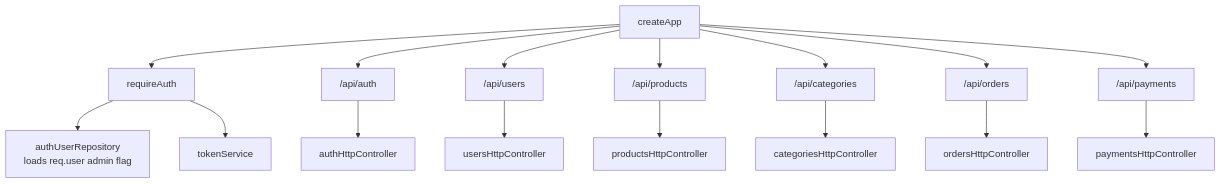
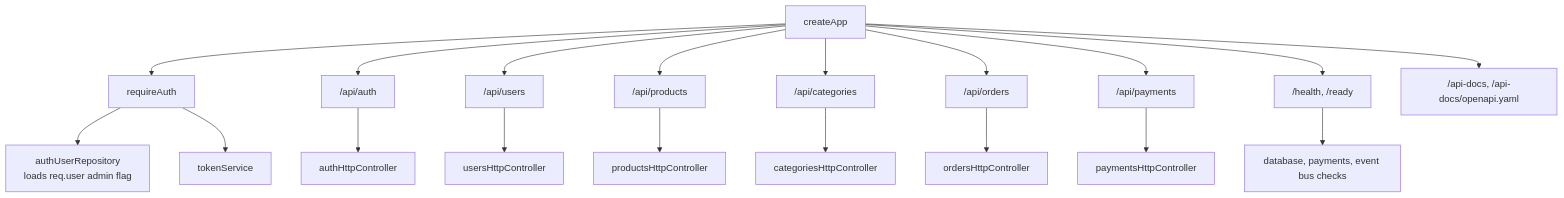
Before and after one commit to ousaro/OsaroTechStore: the fifth of 5 diagrams in docs/architecture/backend-dependency-graph.md, drawn with Mermaid. The commit also changed other lines of this file and 2 other files, not shown here.

````diff
--- a/docs/architecture/backend-dependency-graph.md
+++ b/docs/architecture/backend-dependency-graph.md
@@ -149,20 +153,23 @@
 ```mermaid
 flowchart TD
   App["createApp"] --> RequireAuth["requireAuth"]
   RequireAuth --> AuthRepo["authUserRepository\nloads req.user admin flag"]
   RequireAuth --> TokenService["tokenService"]
 
   App --> AuthRoutes["/api/auth"]
   App --> UsersRoutes["/api/users"]
   App --> ProductsRoutes["/api/products"]
   App --> CategoriesRoutes["/api/categories"]
   App --> OrdersRoutes["/api/orders"]
   App --> PaymentsRoutes["/api/payments"]
+  App --> HealthRoutes["/health, /ready"]
+  App --> OpenApiDocs["/api-docs, /api-docs/openapi.yaml"]
 
   AuthRoutes --> AuthController["authHttpController"]
   UsersRoutes --> UsersController["usersHttpController"]
   ProductsRoutes --> ProductsController["productsHttpController"]
   CategoriesRoutes --> CategoriesController["categoriesHttpController"]
   OrdersRoutes --> OrdersController["ordersHttpController"]
   PaymentsRoutes --> PaymentsController["paymentsHttpController"]
+  HealthRoutes --> HealthChecks["database, payments, event bus checks"]
 ```
````
